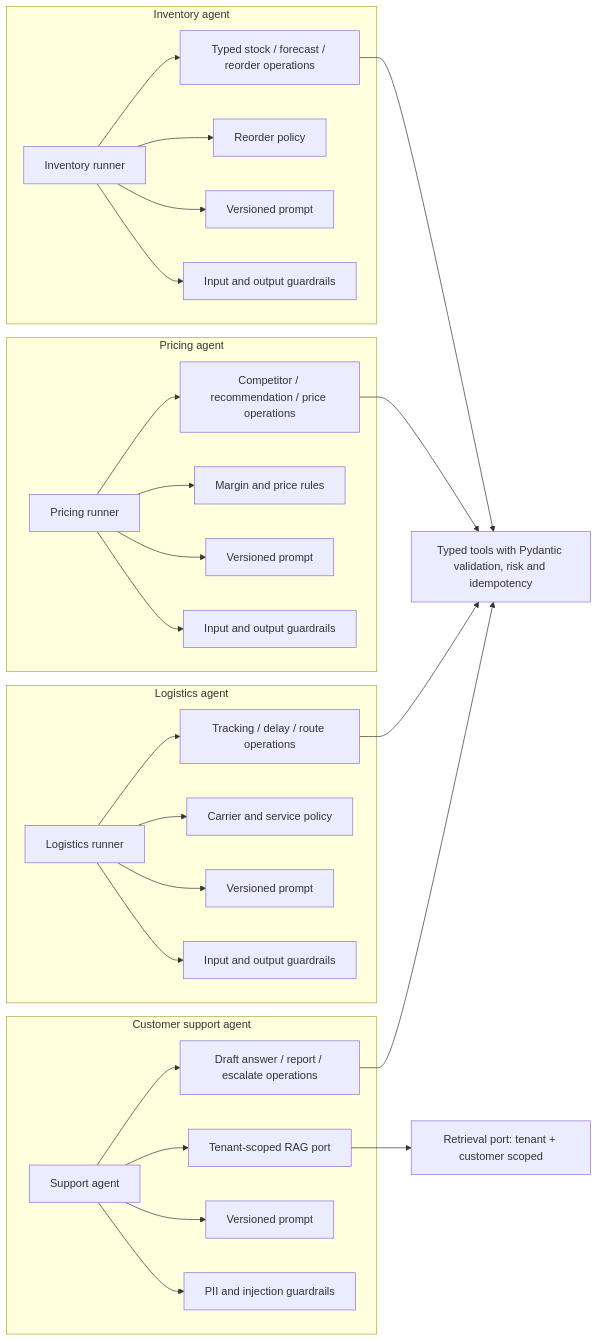
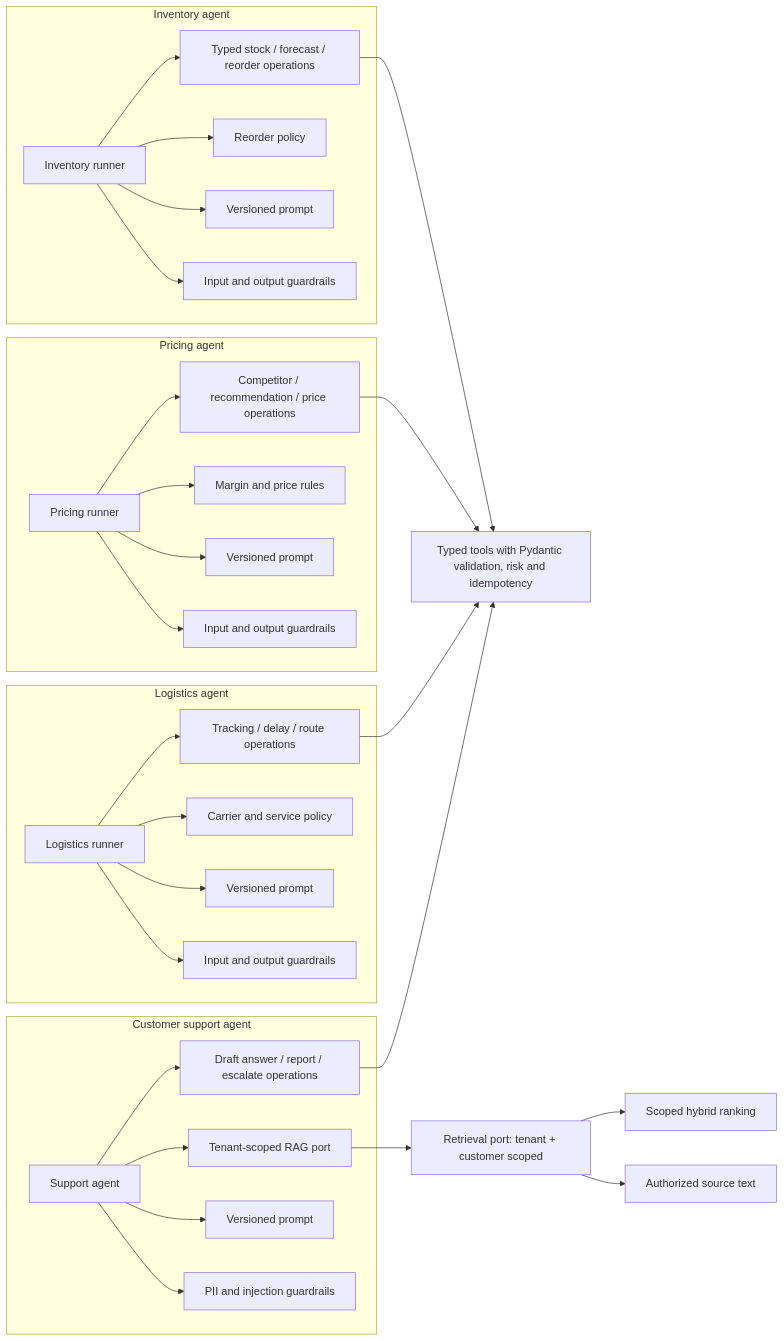
Before and after one commit to emmanuelmassawe/Multi-agent-e-commerce-platform: the first of 2 diagrams in docs/architecture/03-agent-components.md, drawn with Mermaid. The commit also changed 26 other files, not shown here.

````diff
--- a/docs/architecture/03-agent-components.md
+++ b/docs/architecture/03-agent-components.md
@@ -3,34 +3,36 @@
 ```mermaid
 flowchart LR
   subgraph Inventory[Inventory agent]
     IGraph[Inventory runner] --> ITools[Typed stock / forecast / reorder operations]
     IGraph --> IPolicy[Reorder policy]
     IGraph --> IPrompt[Versioned prompt]
     IGraph --> IGuard[Input and output guardrails]
   end
   subgraph Pricing[Pricing agent]
     PGraph[Pricing runner] --> PTools[Competitor / recommendation / price operations]
     PGraph --> PPolicy[Margin and price rules]
     PGraph --> PPrompt[Versioned prompt]
     PGraph --> PGuard[Input and output guardrails]
   end
   subgraph Logistics[Logistics agent]
     LGraph[Logistics runner] --> LTools[Tracking / delay / route operations]
     LGraph --> LPolicy[Carrier and service policy]
     LGraph --> LPrompt[Versioned prompt]
     LGraph --> LGuard[Input and output guardrails]
   end
   subgraph Support[Customer support agent]
     SGraph[Support agent] --> STools[Draft answer / report / escalate operations]
     SGraph --> SRAG[Tenant-scoped RAG port]
     SGraph --> SPrompt[Versioned prompt]
     SGraph --> SGuard[PII and injection guardrails]
   end
   Tools[Typed tools with Pydantic validation, risk and idempotency]
   Memory[Retrieval port: tenant + customer scoped]
   ITools --> Tools
   PTools --> Tools
   LTools --> Tools
   STools --> Tools
   SRAG --> Memory
+  Memory --> Qdrant[Scoped hybrid ranking]
+  Memory --> SQL[Authorized source text]
 ```
````
